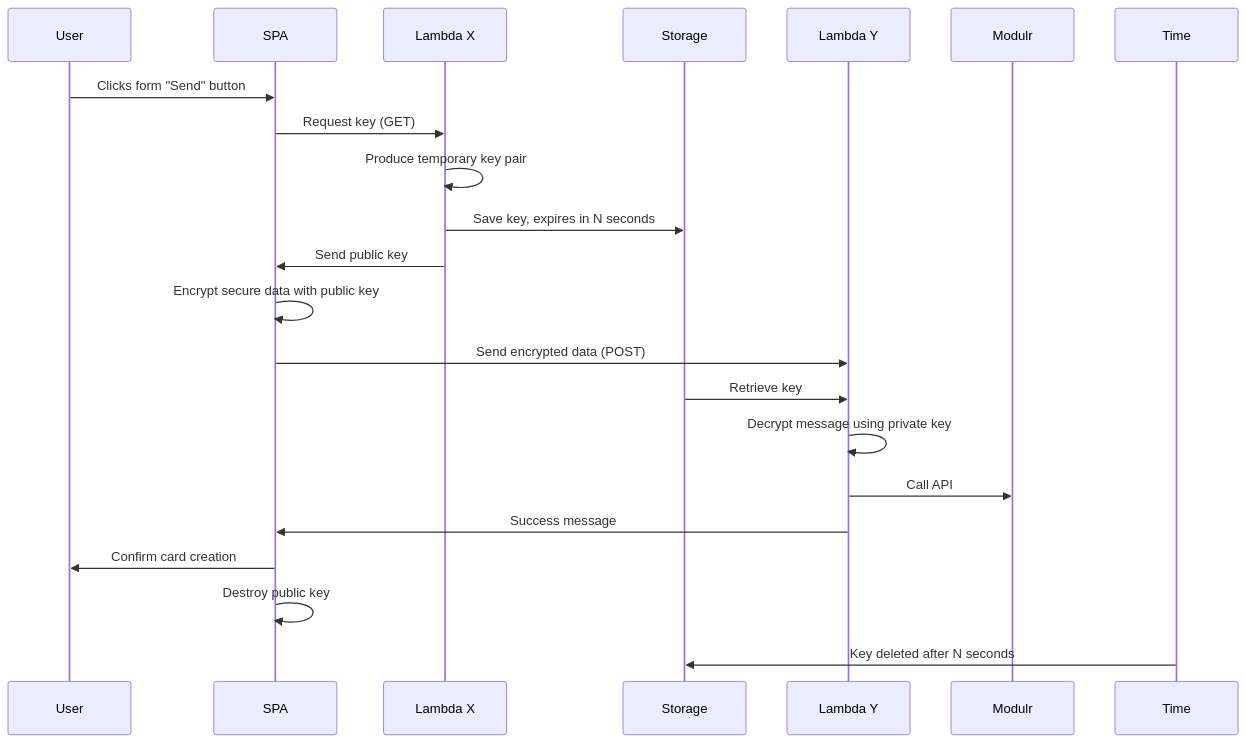
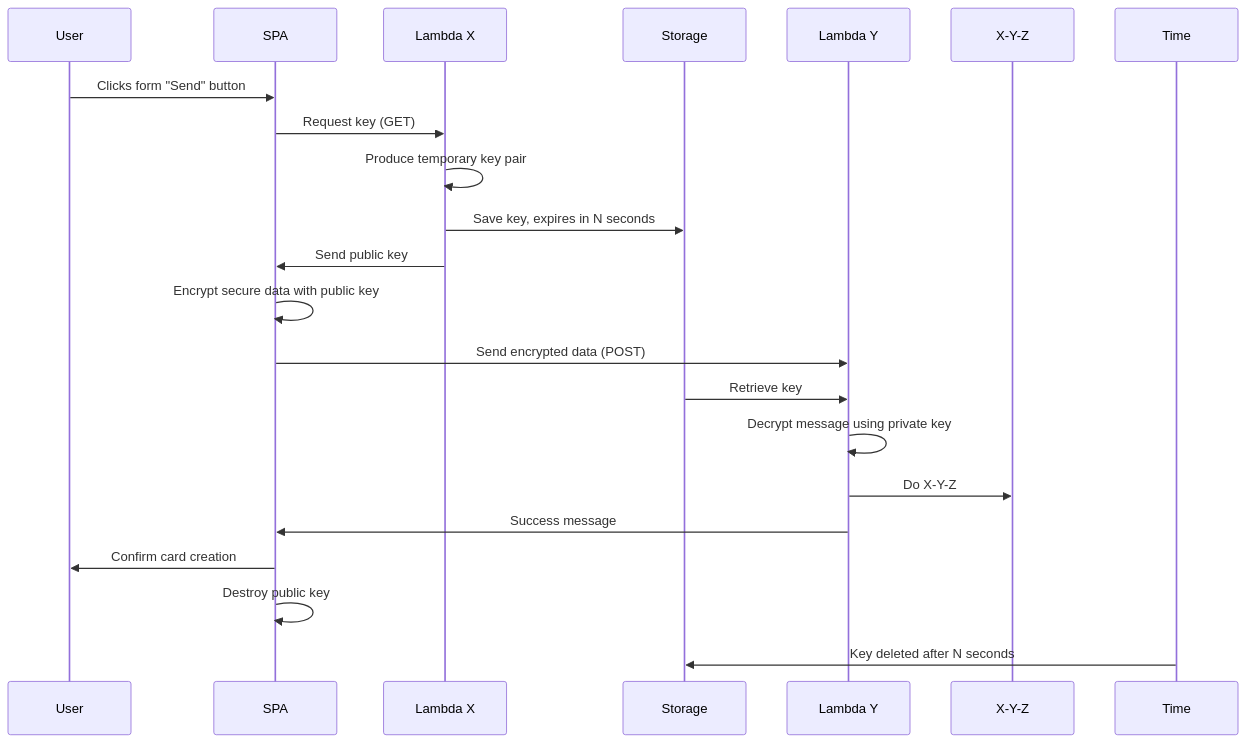
One commit to raymcdermott/ok2cry changed the second of 2 diagrams in docs/server-key.md. Above: the diagram before and after it, drawn with Mermaid. The commit also changed other lines of this file and 1 other file, not shown here.

````diff
--- a/docs/server-key.md
+++ b/docs/server-key.md
@@ -3,17 +39,17 @@
 ```mermaid
 sequenceDiagram
 User->>SPA: Clicks form "Send" button
 SPA->>Lambda X: Request key (GET)
 Lambda X->>Lambda X: Produce temporary key pair            
 Lambda X->>Storage: Save key, expires in N seconds            
 Lambda X->>SPA: Send public key
 SPA->>SPA: Encrypt secure data with public key
 SPA->>Lambda Y: Send encrypted data (POST)
 Storage->>Lambda Y: Retrieve key
 Lambda Y->>Lambda Y: Decrypt message using private key
-Lambda Y->> Modulr: Call API
+Lambda Y->> X-Y-Z: Do X-Y-Z
 Lambda Y->>SPA: Success message
 SPA->>User: Confirm card creation
 SPA->>SPA: Destroy public key
 Time->>Storage: Key deleted after N seconds
 ```
````
